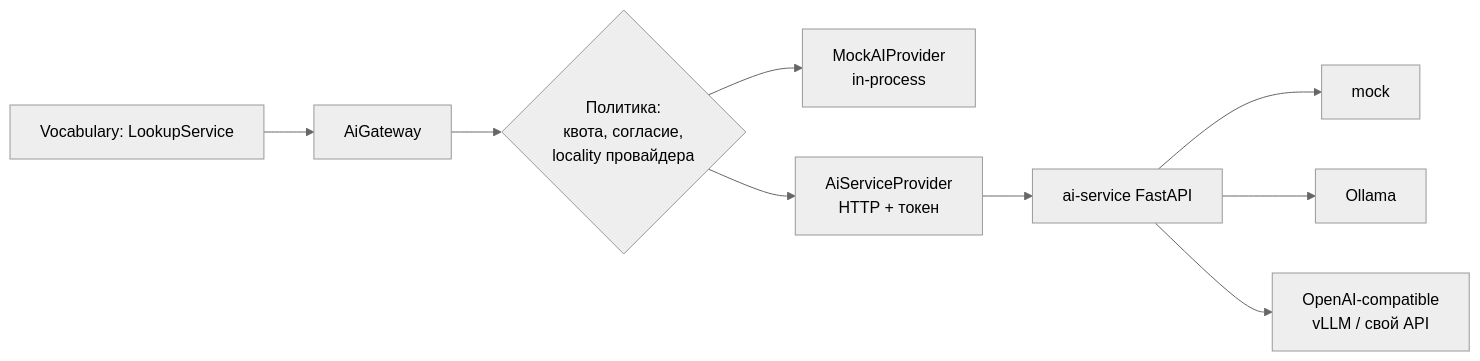
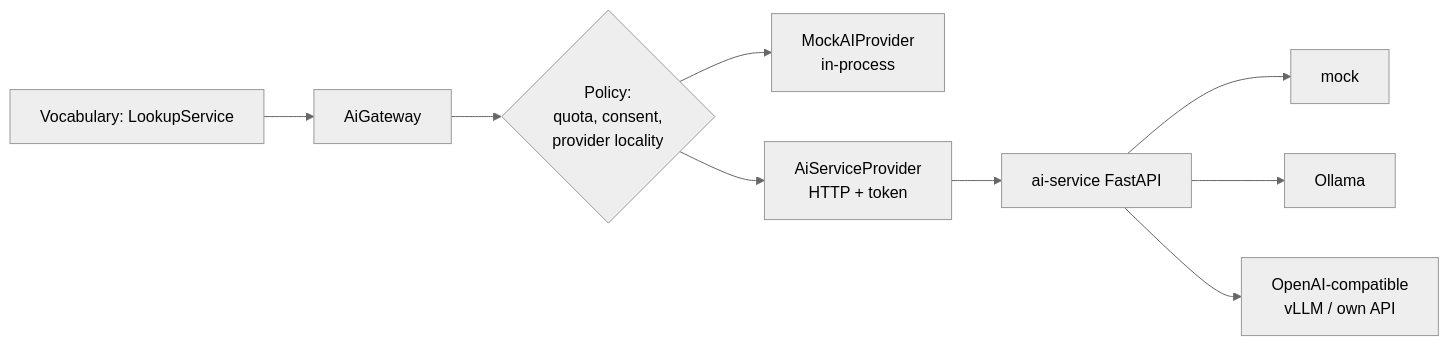
Before and after one commit to sen4ch/LingoUp: the fifth of 6 diagrams in ARCHITECTURE.md, drawn with Mermaid (neutral theme). The commit also changed other lines of this file and 68 other files, not shown here.

````diff
--- a/ARCHITECTURE.md
+++ b/ARCHITECTURE.md
@@ -204,11 +204,11 @@
 ```mermaid
 flowchart LR
     svc[Vocabulary: LookupService] --> gw[AiGateway]
-    gw --> policy{Политика:<br/>квота, согласие,<br/>locality провайдера}
+    gw --> policy{Policy:<br/>quota, consent,<br/>provider locality}
     policy --> mock[MockAIProvider<br/>in-process]
-    policy --> remote[AiServiceProvider<br/>HTTP + токен]
+    policy --> remote[AiServiceProvider<br/>HTTP + token]
     remote --> fast[ai-service FastAPI]
     fast --> pm[mock]
     fast --> ol[Ollama]
-    fast --> oa[OpenAI-compatible<br/>vLLM / свой API]
+    fast --> oa[OpenAI-compatible<br/>vLLM / own API]
 ```
````
